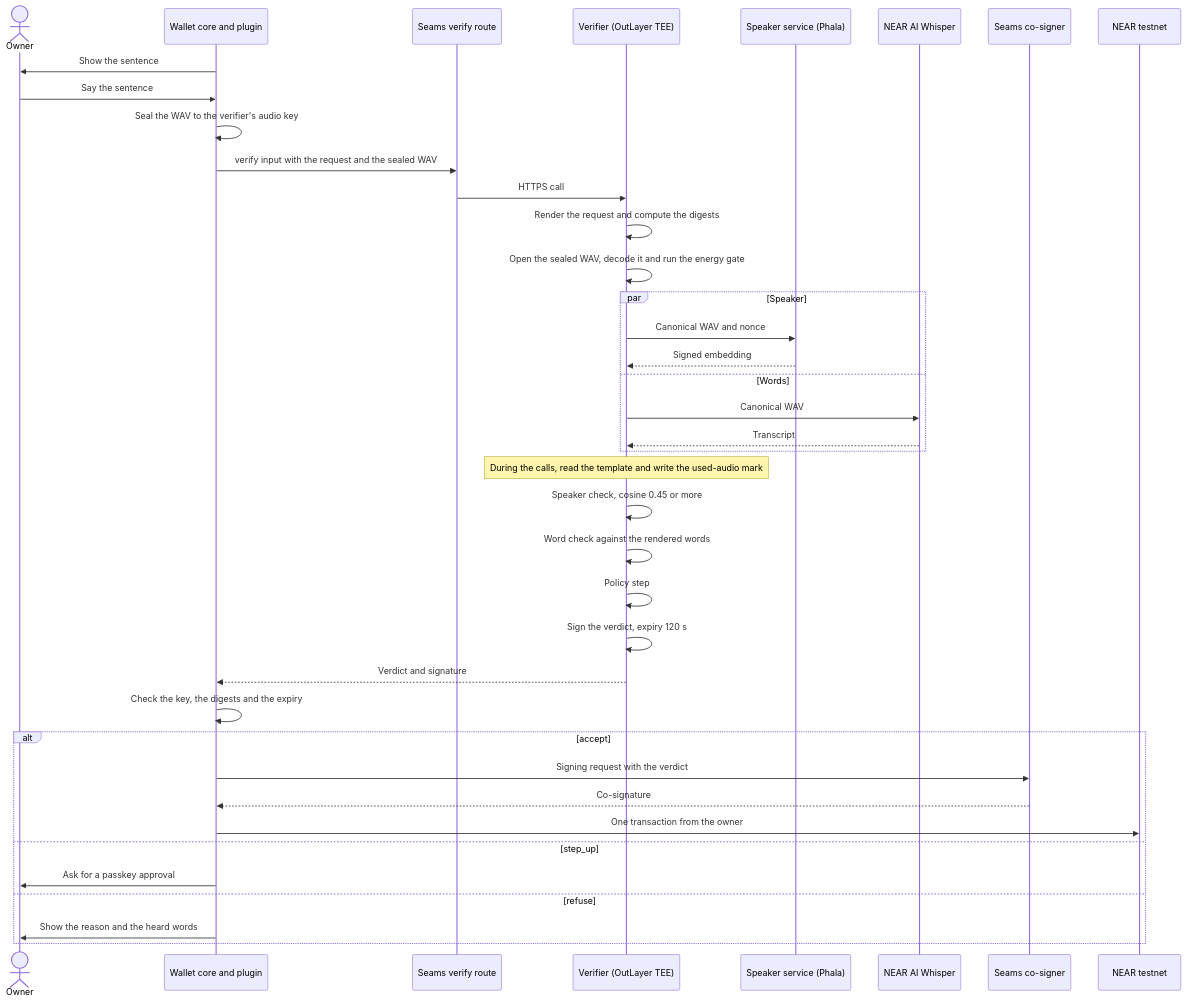
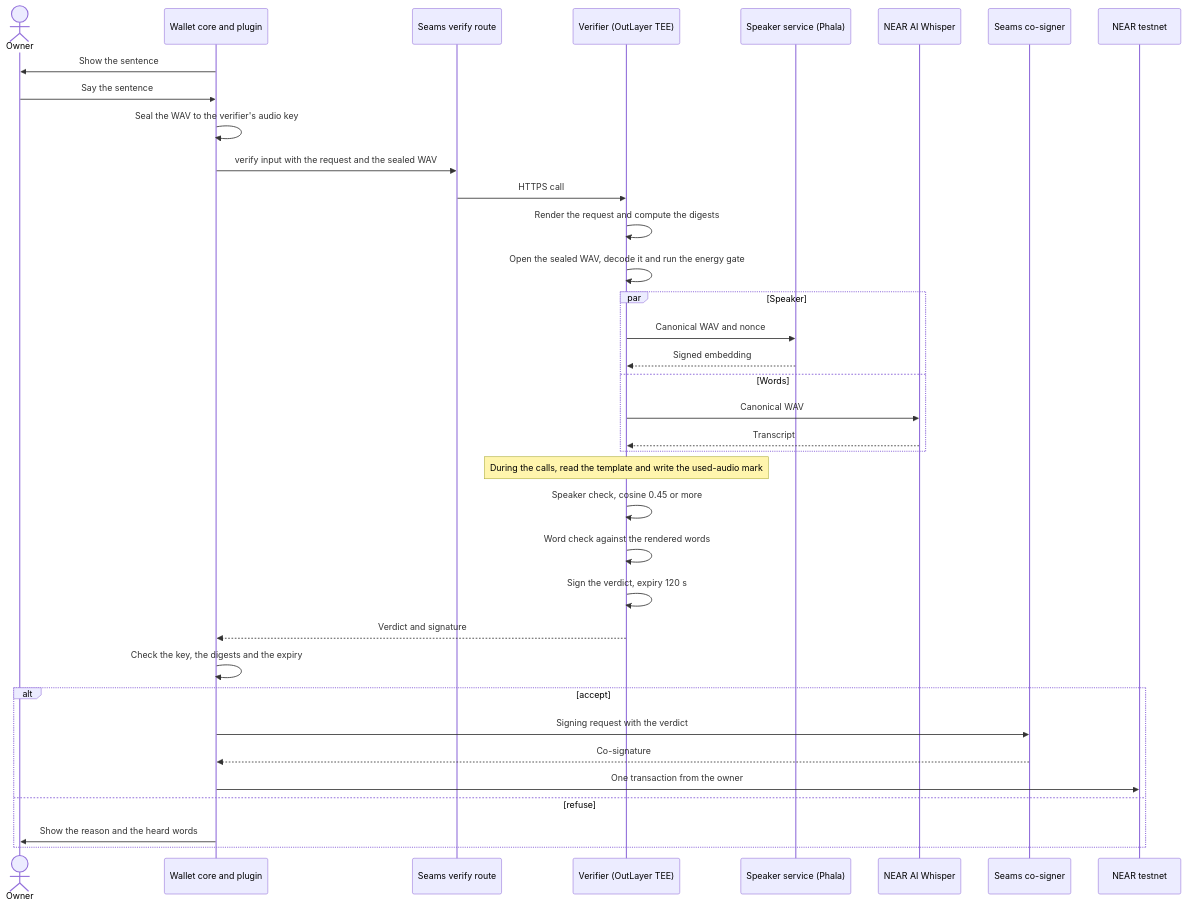
One commit to seams-tech/speak-to-sign changed the fourth of 9 diagrams in docs/architecture.md. Above: the diagram before and after it, drawn with Mermaid. The commit also changed other lines of this file and 27 other files, not shown here.

First line of the commit message:
Verifier 0.16.0: no policy step, and a transfer above 10 NEAR needs no passkey

````diff
--- a/docs/architecture.md
+++ b/docs/architecture.md
@@ -124,42 +124,39 @@
 ```mermaid
 sequenceDiagram
   actor Owner
   participant Wallet as Wallet core and plugin
   participant Route as Seams verify route
   participant Verifier as Verifier (OutLayer TEE)
   participant Speaker as Speaker service (Phala)
   participant Whisper as NEAR AI Whisper
   participant Cosigner as Seams co-signer
   participant Chain as NEAR testnet
 
   Wallet->>Owner: Show the sentence
   Owner->>Wallet: Say the sentence
   Wallet->>Wallet: Seal the WAV to the verifier's audio key
   Wallet->>Route: verify input with the request and the sealed WAV
   Route->>Verifier: HTTPS call
   Verifier->>Verifier: Render the request and compute the digests
   Verifier->>Verifier: Open the sealed WAV, decode it and run the energy gate
   par Speaker
     Verifier->>Speaker: Canonical WAV and nonce
     Speaker-->>Verifier: Signed embedding
   and Words
     Verifier->>Whisper: Canonical WAV
     Whisper-->>Verifier: Transcript
   end
   Note over Verifier: During the calls, read the template and write the used-audio mark
   Verifier->>Verifier: Speaker check, cosine 0.45 or more
   Verifier->>Verifier: Word check against the rendered words
-  Verifier->>Verifier: Policy step
   Verifier->>Verifier: Sign the verdict, expiry 120 s
   Verifier-->>Wallet: Verdict and signature
   Wallet->>Wallet: Check the key, the digests and the expiry
   alt accept
     Wallet->>Cosigner: Signing request with the verdict
     Cosigner-->>Wallet: Co-signature
     Wallet->>Chain: One transaction from the owner
-  else step_up
-    Wallet->>Owner: Ask for a passkey approval
   else refuse
     Wallet->>Owner: Show the reason and the heard words
   end
 ```
````
